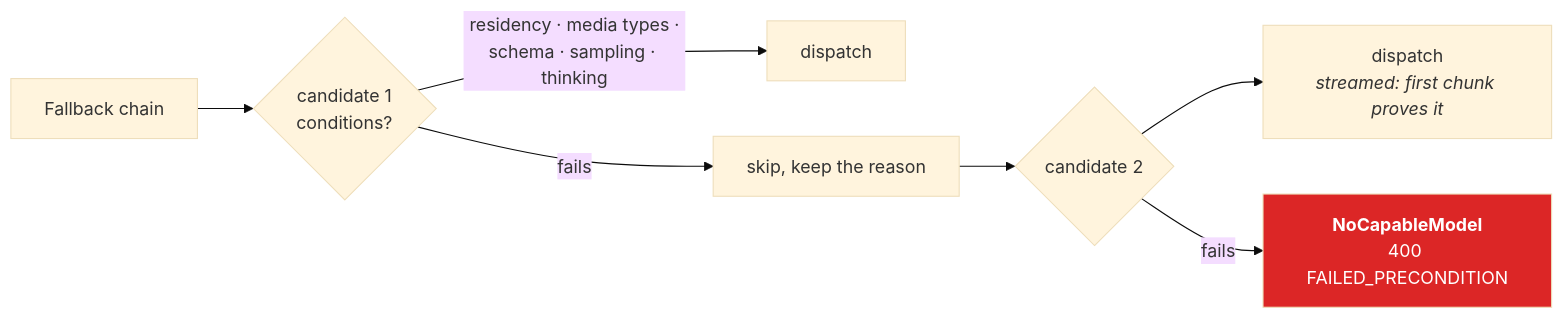
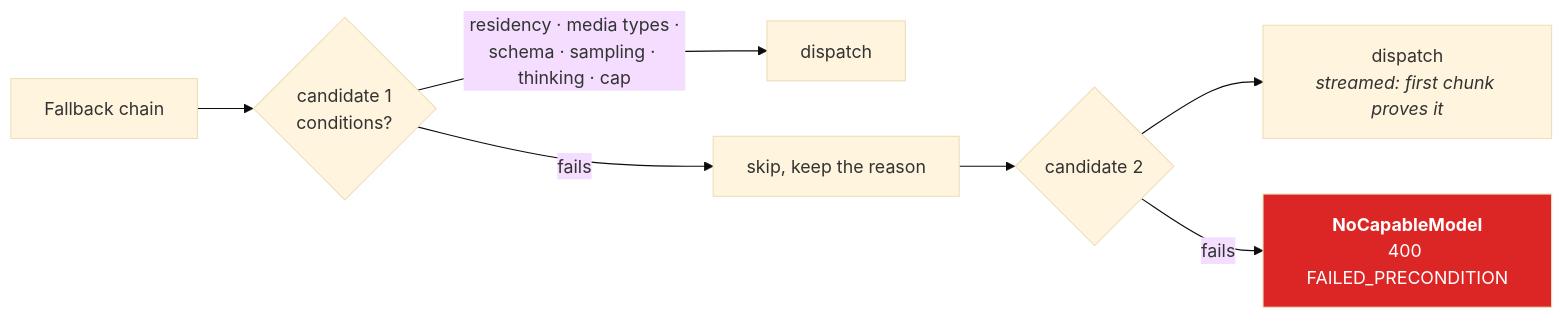
One commit to InigoImago/AIRA-Gateway changed the fourth of 6 diagrams in docs/REQUEST-LIFECYCLE.md. Above: the diagram before and after it, drawn with Mermaid (base theme). The commit also changed other lines of this file and 109 other files, not shown here.

````diff
--- a/docs/REQUEST-LIFECYCLE.md
+++ b/docs/REQUEST-LIFECYCLE.md
@@ -293,11 +314,11 @@
 ```mermaid
 graph LR
     chain["Fallback chain"] --> c1{"candidate 1<br/>conditions?"}
-    c1 -->|"residency · media types ·<br/>schema · sampling · thinking"| ok1["dispatch"]
+    c1 -->|"residency · media types ·<br/>schema · sampling · thinking · cap"| ok1["dispatch"]
     c1 -->|"fails"| skip1["skip, keep the reason"]
     skip1 --> c2{"candidate 2"}
     c2 --> ok2["dispatch<br/><i>streamed: first chunk proves it</i>"]
     c2 -->|"fails"| none["<b>NoCapableModel</b><br/>400 FAILED_PRECONDITION"]
 
     style none fill:#dc2626,color:#fff
 ```
````
